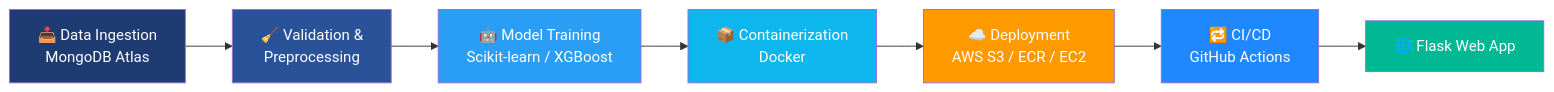
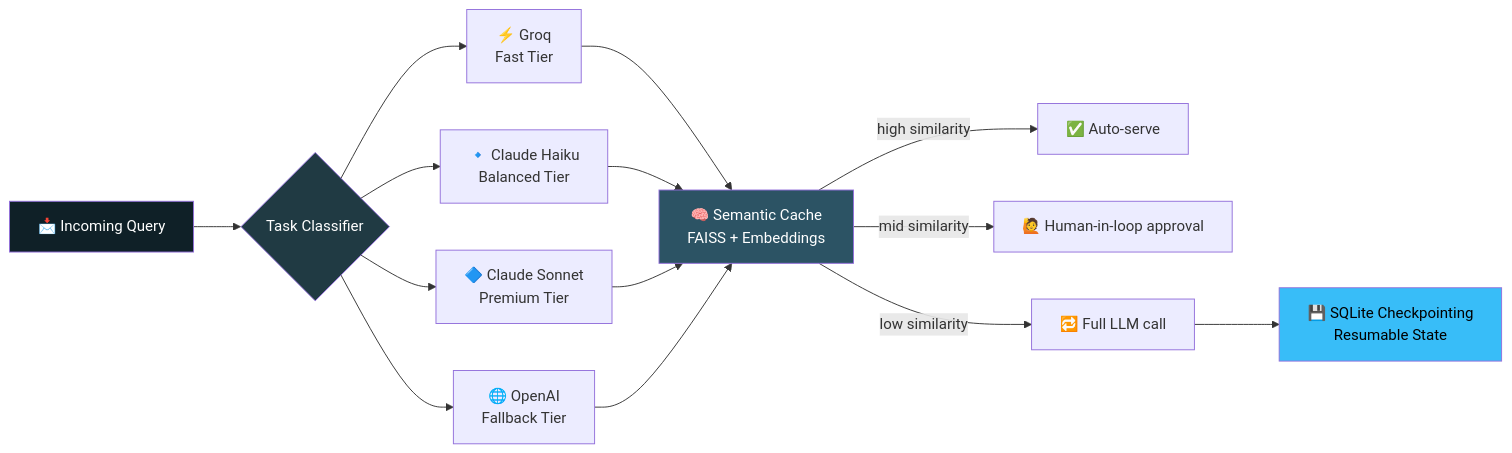
Before and after one commit to Pritish-23/Pritish-23: the diagram in README.md, drawn with Mermaid. The commit also changed other lines of this file, not shown here.

````diff
--- a/README.md
+++ b/README.md
@@ -30,17 +55,18 @@
 ```mermaid
 flowchart LR
-    A[📥 Data Ingestion<br/>MongoDB Atlas] --> B[🧹 Validation &<br/>Preprocessing]
-    B --> C[🤖 Model Training<br/>Scikit-learn / XGBoost]
-    C --> D[📦 Containerization<br/>Docker]
-    D --> E[☁️ Deployment<br/>AWS S3 / ECR / EC2]
-    E --> F[🔁 CI/CD<br/>GitHub Actions]
-    F --> G[🌐 Flask Web App]
+    A[📩 Incoming Query] --> B{Task Classifier}
+    B --> C1[⚡ Groq<br/>Fast Tier]
+    B --> C2[🔹 Claude Haiku<br/>Balanced Tier]
+    B --> C3[🔷 Claude Sonnet<br/>Premium Tier]
+    B --> C4[🌐 OpenAI<br/>Fallback Tier]
+    C1 & C2 & C3 & C4 --> D[🧠 Semantic Cache<br/>FAISS + Embeddings]
+    D -->|high similarity| E[✅ Auto-serve]
+    D -->|mid similarity| F[🙋 Human-in-loop approval]
+    D -->|low similarity| G[🔁 Full LLM call]
+    G --> H[💾 SQLite Checkpointing<br/>Resumable State]
 
-    style A fill:#1e3c72,color:#fff
-    style B fill:#2a5298,color:#fff
-    style C fill:#2A9DF4,color:#fff
-    style D fill:#0db7ed,color:#fff
-    style E fill:#ff9900,color:#fff
-    style F fill:#2088FF,color:#fff
-    style G fill:#00b894,color:#fff
+    style A fill:#0f2027,color:#fff
+    style B fill:#203a43,color:#fff
+    style D fill:#2c5364,color:#fff
+    style H fill:#38BDF8,color:#000
 ```
````
